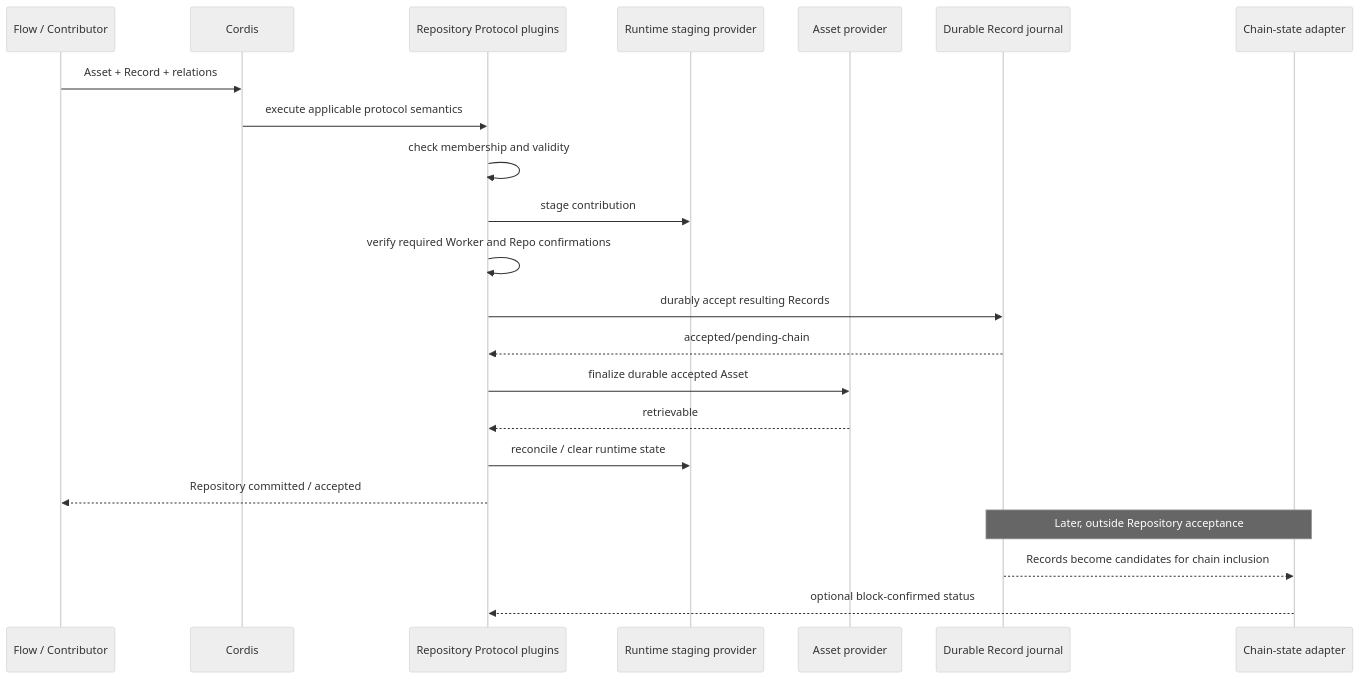
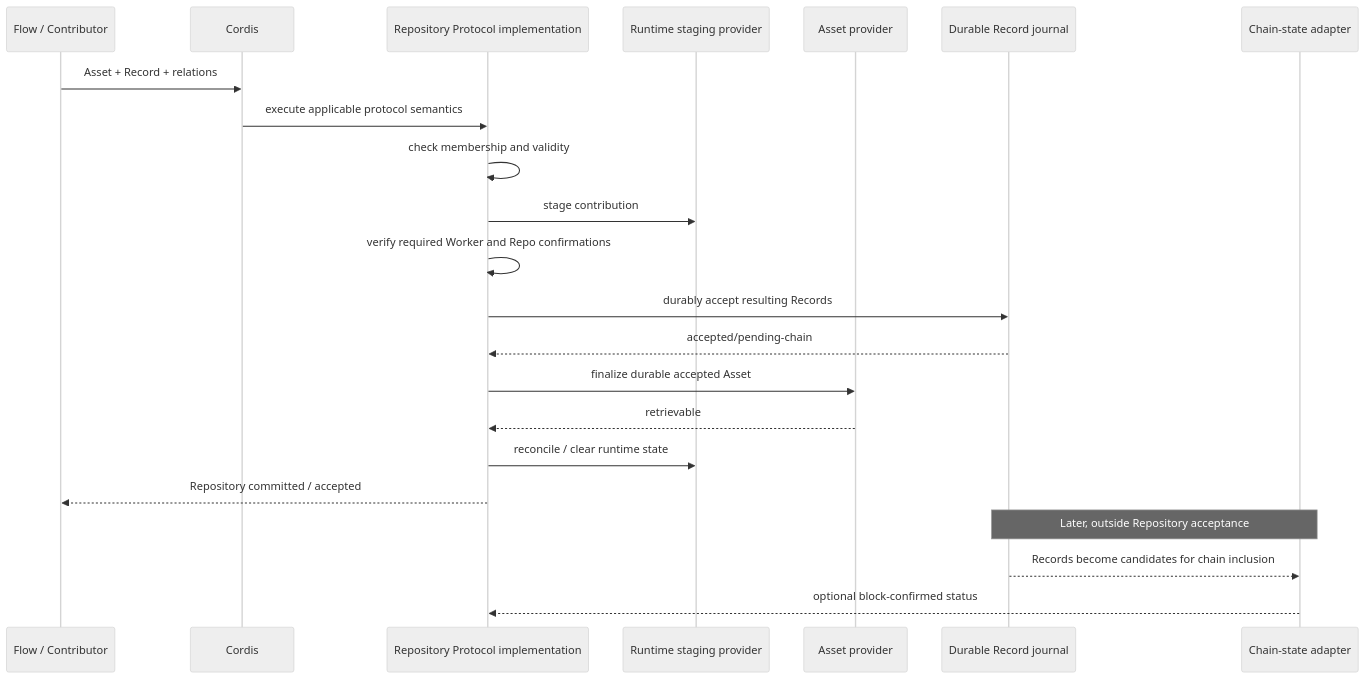
The fourth of 5 diagrams in docs/architecture.md (labourchain/repository), drawn with Mermaid (neutral theme) before and after one commit. The commit also changed other lines of this file and 8 other files, not shown here.

````diff
--- a/docs/architecture.md
+++ b/docs/architecture.md
@@ -237,26 +238,26 @@
 ```mermaid
 sequenceDiagram
     participant Consumer as Flow / Contributor
     participant Cordis as Cordis
-    participant Protocol as Repository Protocol plugins
+    participant Protocol as Repository Protocol implementation
     participant Stage as Runtime staging provider
     participant Assets as Asset provider
     participant Journal as Durable Record journal
     participant Chain as Chain-state adapter
 
     Consumer->>Cordis: Asset + Record + relations
     Cordis->>Protocol: execute applicable protocol semantics
     Protocol->>Protocol: check membership and validity
     Protocol->>Stage: stage contribution
     Protocol->>Protocol: verify required Worker and Repo confirmations
     Protocol->>Journal: durably accept resulting Records
     Journal-->>Protocol: accepted/pending-chain
     Protocol->>Assets: finalize durable accepted Asset
     Assets-->>Protocol: retrievable
     Protocol->>Stage: reconcile / clear runtime state
     Protocol-->>Consumer: Repository committed / accepted
 
     Note over Journal,Chain: Later, outside Repository acceptance
     Journal-->>Chain: Records become candidates for chain inclusion
     Chain-->>Protocol: optional block-confirmed status
 ```
````
